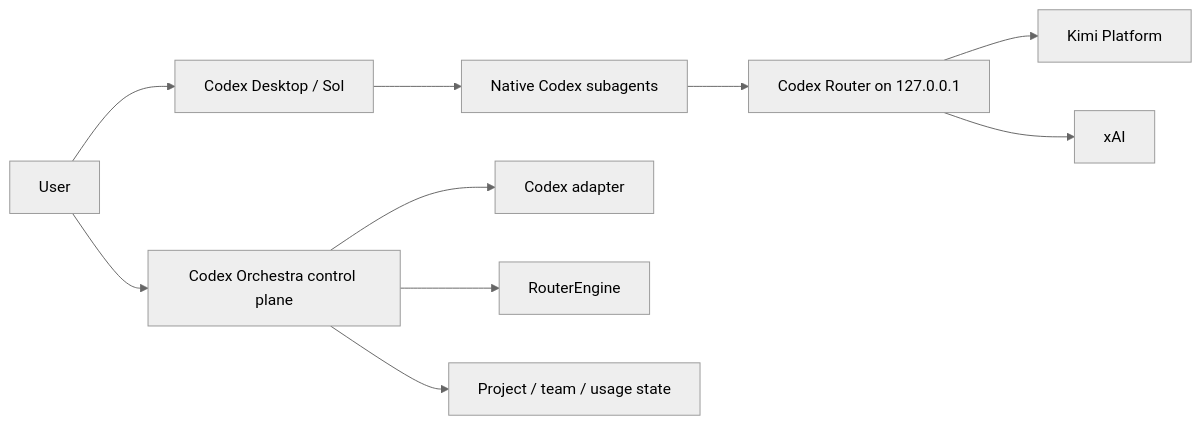
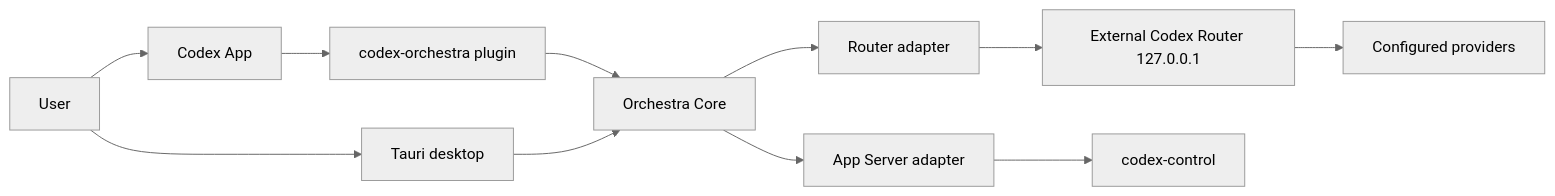
Before and after one commit to falopass/Codex-Orchestra: the diagram in docs/ARCHITECTURE.md, drawn with Mermaid (neutral theme). The commit also changed other lines of this file and 143 other files, not shown here.

First line of the commit message:
feat: publish plugin-first Orchestra as public OSS

````diff
--- a/docs/ARCHITECTURE.md
+++ b/docs/ARCHITECTURE.md
@@ -7,12 +11,13 @@
 ```mermaid
 flowchart LR
-  U[User] --> C[Codex Desktop / Sol]
-  C --> A[Native Codex subagents]
-  A --> R[Codex Router on 127.0.0.1]
-  R --> K[Kimi Platform]
-  R --> X[xAI]
-  U --> O[Codex Orchestra control plane]
-  O --> D[Codex adapter]
-  O --> E[RouterEngine]
-  O --> P[Project / team / usage state]
+  User --> CodexApp[Codex App]
+  User --> Desktop[Tauri desktop]
+  CodexApp --> Plugin[codex-orchestra plugin]
+  Plugin --> Core[Orchestra Core]
+  Desktop --> Core
+  Core --> RouterAdapter[Router adapter]
+  Core --> AppServerAdapter[App Server adapter]
+  RouterAdapter --> Router[External Codex Router 127.0.0.1]
+  AppServerAdapter --> Control[codex-control]
+  Router --> Providers[Configured providers]
 ```
````
